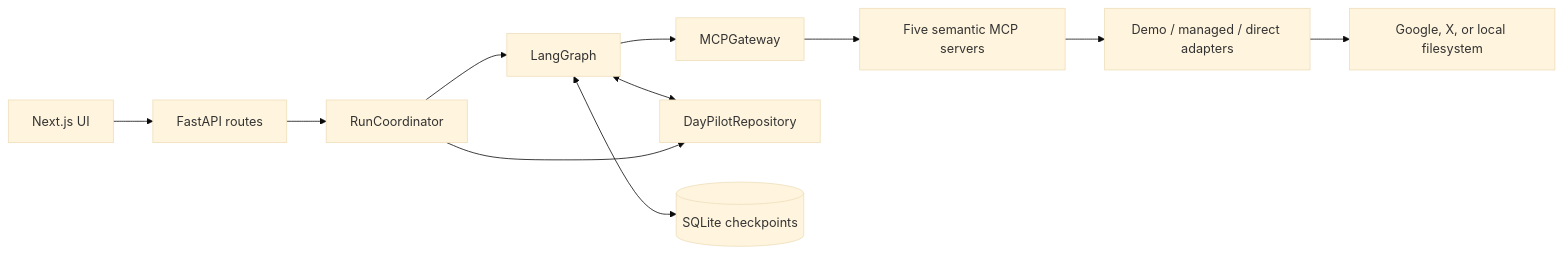
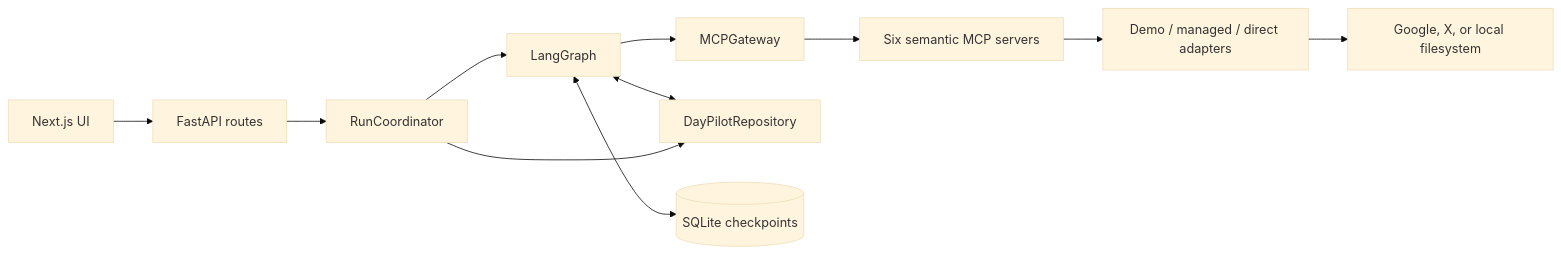
Before and after one commit to dumpydon/daypilot: the diagram in docs/architecture.md, drawn with Mermaid (base theme). The commit also changed other lines of this file and 27 other files, not shown here.

````diff
--- a/docs/architecture.md
+++ b/docs/architecture.md
@@ -9,13 +9,13 @@
 ```mermaid
 flowchart LR
     UI[Next.js UI] --> API[FastAPI routes]
     API --> Coordinator[RunCoordinator]
     Coordinator --> Graph[LangGraph]
     Graph --> Gateway[MCPGateway]
-    Gateway --> Servers[Five semantic MCP servers]
+    Gateway --> Servers[Six semantic MCP servers]
     Servers --> Adapters[Demo / managed / direct adapters]
     Adapters --> Providers[Google, X, or local filesystem]
     Graph <--> Repo[DayPilotRepository]
     Graph <--> Checkpoint[(SQLite checkpoints)]
     Coordinator --> Repo
 ```
````
